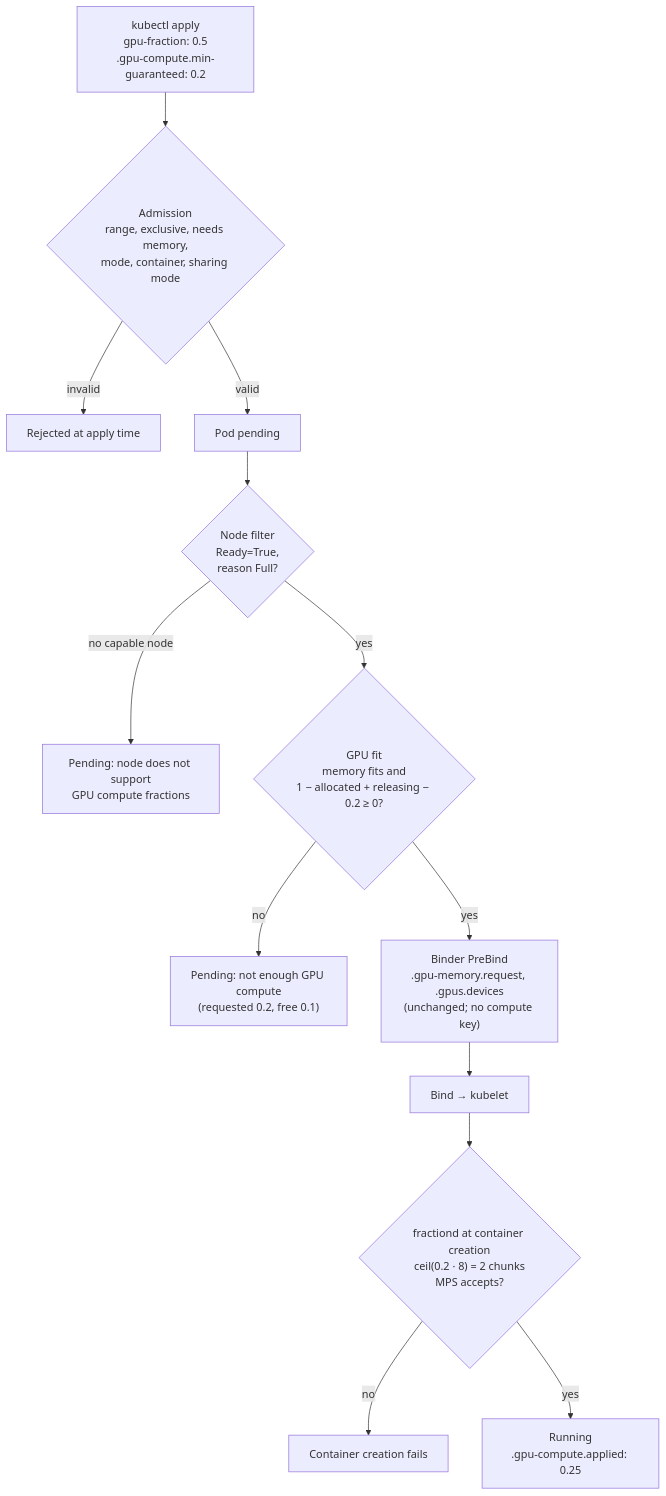
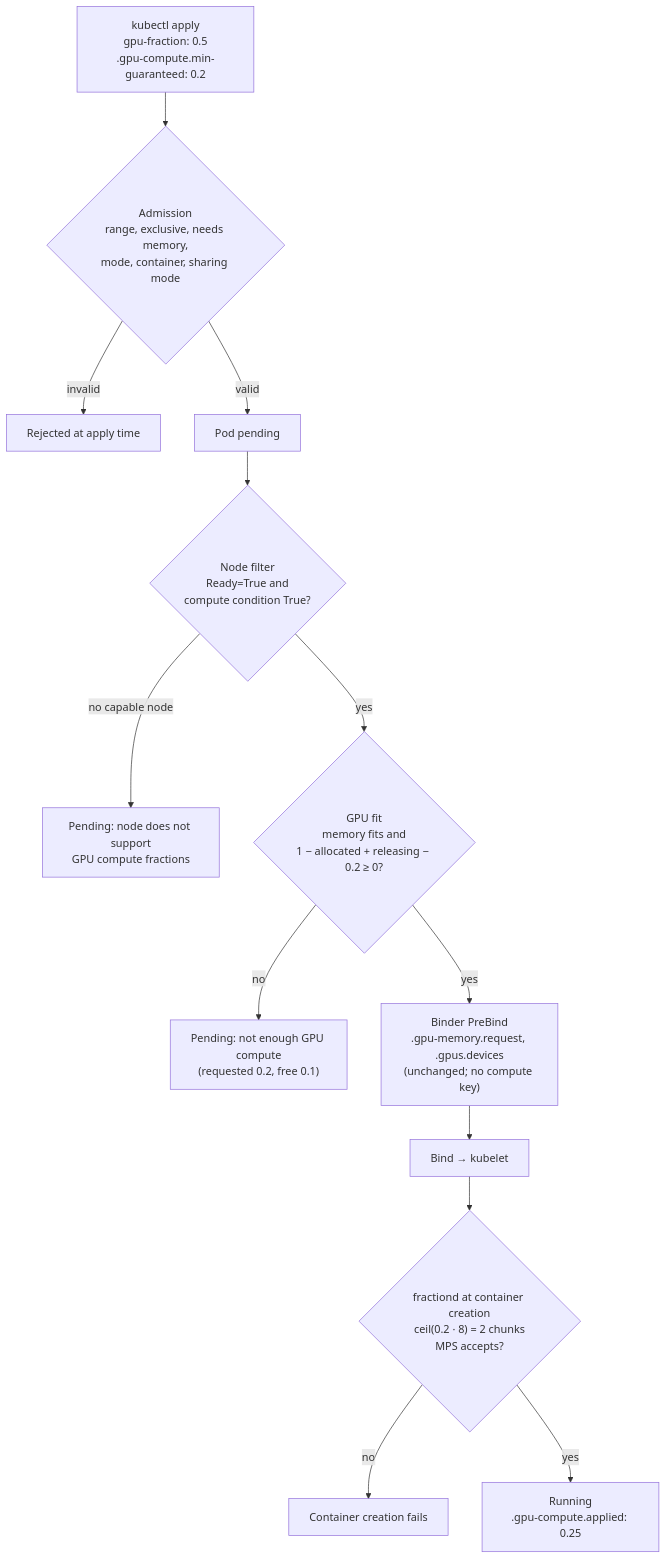
Before and after one commit to kai-scheduler/KAI-Scheduler: the second of 2 diagrams in docs/developer/designs/gpu-compute-fractions/README.md, drawn with Mermaid. The commit also changed other lines of this file, not shown here.

First line of the commit message:
docs(docs): address review and design-meeting feedback in compute fractions HLD

````diff
--- a/docs/developer/designs/gpu-compute-fractions/README.md
+++ b/docs/developer/designs/gpu-compute-fractions/README.md
@@ -283,15 +313,15 @@
 ```mermaid
 flowchart TD
   U["kubectl apply<br/>gpu-fraction: 0.5<br/>.gpu-compute.min-guaranteed: 0.2"] --> A{"Admission<br/>range, exclusive, needs memory,<br/>mode, container, sharing mode"}
   A -- invalid --> X["Rejected at apply time"]
   A -- valid --> P["Pod pending"]
-  P --> F{"Node filter<br/>Ready=True,<br/>reason Full?"}
+  P --> F{"Node filter<br/>Ready=True and<br/>compute condition True?"}
   F -- "no capable node" --> W1["Pending: node does not support<br/>GPU compute fractions"]
   F -- yes --> L{"GPU fit<br/>memory fits and<br/>1 − allocated + releasing − 0.2 ≥ 0?"}
   L -- no --> W2["Pending: not enough GPU compute<br/>(requested 0.2, free 0.1)"]
   L -- yes --> B["Binder PreBind<br/>.gpu-memory.request, .gpus.devices<br/>(unchanged; no compute key)"]
   B --> K["Bind → kubelet"]
   K --> G{"fractiond at container creation<br/>ceil(0.2 · 8) = 2 chunks<br/>MPS accepts?"}
   G -- no --> E["Container creation fails"]
   G -- yes --> OK["Running<br/>.gpu-compute.applied: 0.25"]
 ```
````
